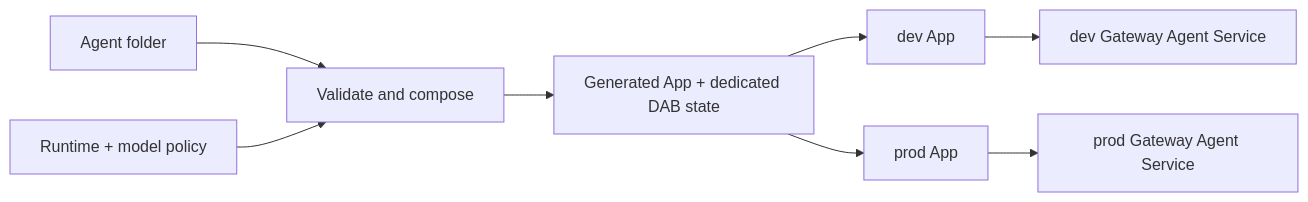
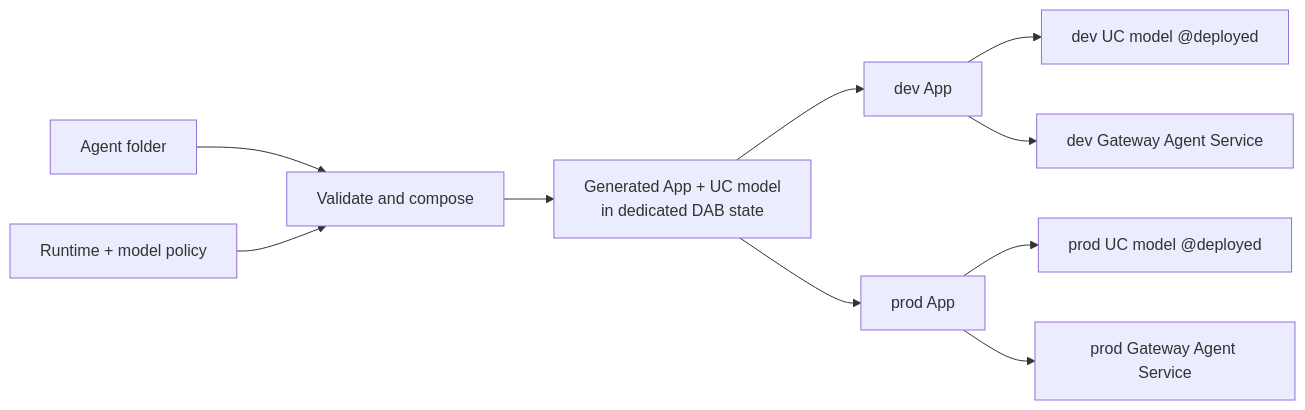
The third of 3 diagrams in README.md (zacdav-db/databricks-agent-cicd-sandpit), drawn with Mermaid before and after one commit. The commit also changed other lines of this file and 19 other files, not shown here.

````diff
--- a/README.md
+++ b/README.md
@@ -212,17 +223,23 @@
 ```mermaid
 flowchart LR
     Folder["Agent folder"]
     Platform["Runtime + model policy"]
     Composer["Validate and compose"]
-    Generated["Generated App + dedicated DAB state"]
+    Generated["Generated App + UC model<br/>in dedicated DAB state"]
     Dev["dev App"]
+    DevModel["dev UC model @deployed"]
     DevGateway["dev Gateway Agent Service"]
     Prod["prod App"]
+    ProdModel["prod UC model @deployed"]
     ProdGateway["prod Gateway Agent Service"]
 
     Folder --> Composer
     Platform --> Composer
     Composer --> Generated
-    Generated --> Dev --> DevGateway
-    Generated --> Prod --> ProdGateway
+    Generated --> Dev
+    Dev --> DevModel
+    Dev --> DevGateway
+    Generated --> Prod
+    Prod --> ProdModel
+    Prod --> ProdGateway
 ```
````
